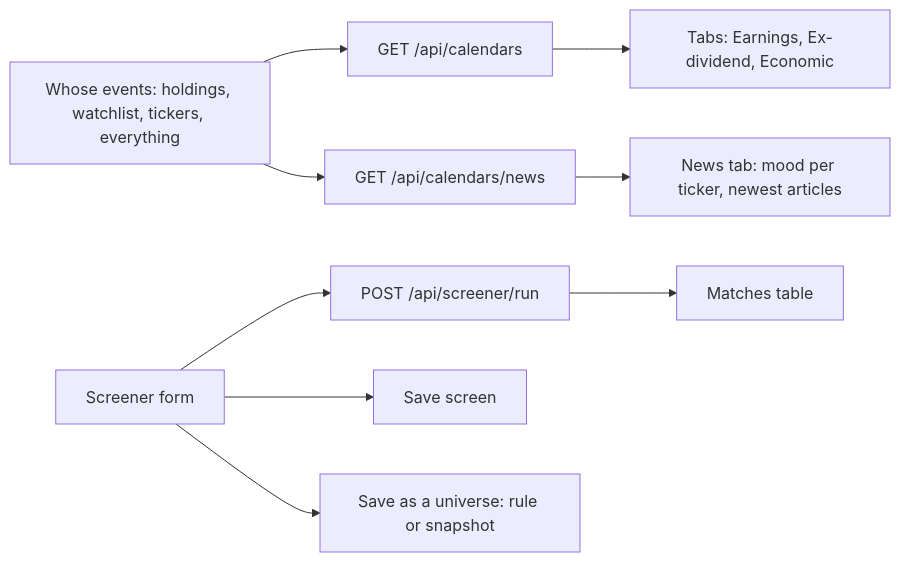
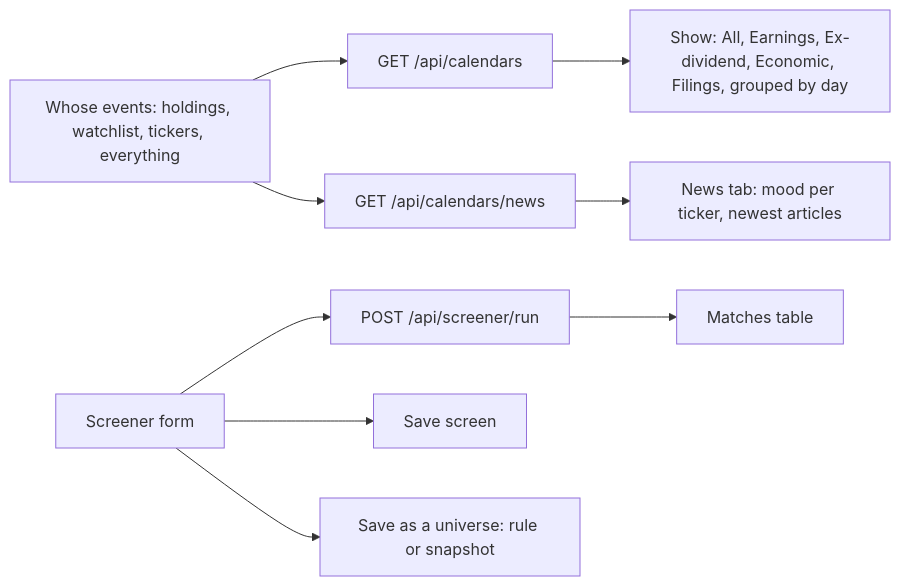
Before and after one commit to sleousis/Stonks: the ninth of 13 diagrams in docs/ui.md, drawn with Mermaid. The commit also changed other lines of this file and 380 other files, not shown here.

````diff
--- a/docs/ui.md
+++ b/docs/ui.md
@@ -1322,9 +1375,9 @@
 ```mermaid
 flowchart LR
   S[Whose events: holdings, watchlist, tickers, everything] --> C[GET /api/calendars]
   S --> N[GET /api/calendars/news]
-  C --> T[Tabs: Earnings, Ex-dividend, Economic]
+  C --> T[Show: All, Earnings, Ex-dividend, Economic, Filings, grouped by day]
   N --> P[News tab: mood per ticker, newest articles]
   F[Screener form] --> R[POST /api/screener/run] --> M[Matches table]
   F --> V[Save screen] & U[Save as a universe: rule or snapshot]
 ```
````
